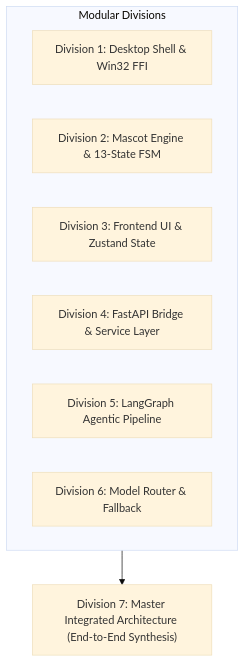
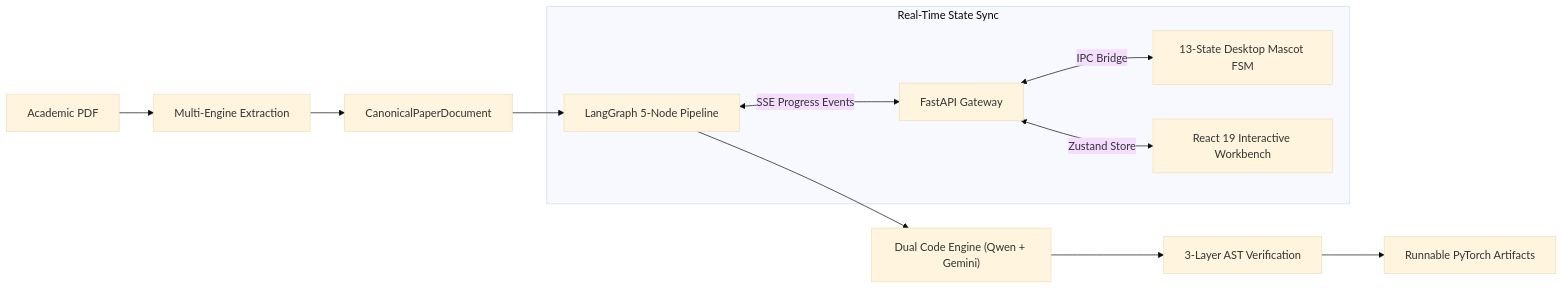
One commit to varunchandra10/Paper-2-Project changed the first of 6 diagrams in docs/detailed_architectures.md. Above: the diagram before and after it, drawn with Mermaid (base theme). The commit also changed other lines of this file and 101 other files, not shown here.

Commit message:
feat(landing-page): implement complete website with interactive mascot hero, model mesh & 4-phase roadmap

````diff
--- a/docs/detailed_architectures.md
+++ b/docs/detailed_architectures.md
@@ -24,13 +53,15 @@
 ```mermaid
-flowchart TD
-    subgraph Divisions["Modular Divisions"]
-        D1["Division 1: Desktop Shell & Win32 FFI"]
-        D2["Division 2: Mascot Engine & 13-State FSM"]
-        D3["Division 3: Frontend UI & Zustand State"]
-        D4["Division 4: FastAPI Bridge & Service Layer"]
-        D5["Division 5: LangGraph Agentic Pipeline"]
-        D6["Division 6: Model Router & Fallback"]
+flowchart LR
+    A["Academic PDF"] --> B["Multi-Engine Extraction"]
+    B --> C["CanonicalPaperDocument"]
+    C --> D["LangGraph 5-Node Pipeline"]
+    D --> E["Dual Code Engine (Qwen + Gemini)"]
+    E --> F["3-Layer AST Verification"]
+    F --> G["Runnable PyTorch Artifacts"]
+    
+    subgraph RealTimeSync["Real-Time State Sync"]
+        D <-->|SSE Progress Events| H["FastAPI Gateway"]
+        H <-->|IPC Bridge| I["13-State Desktop Mascot FSM"]
+        H <-->|Zustand Store| J["React 19 Interactive Workbench"]
     end
-
-    Divisions --> Master["Division 7: Master Integrated Architecture (End-to-End Synthesis)"]
 ```
````
